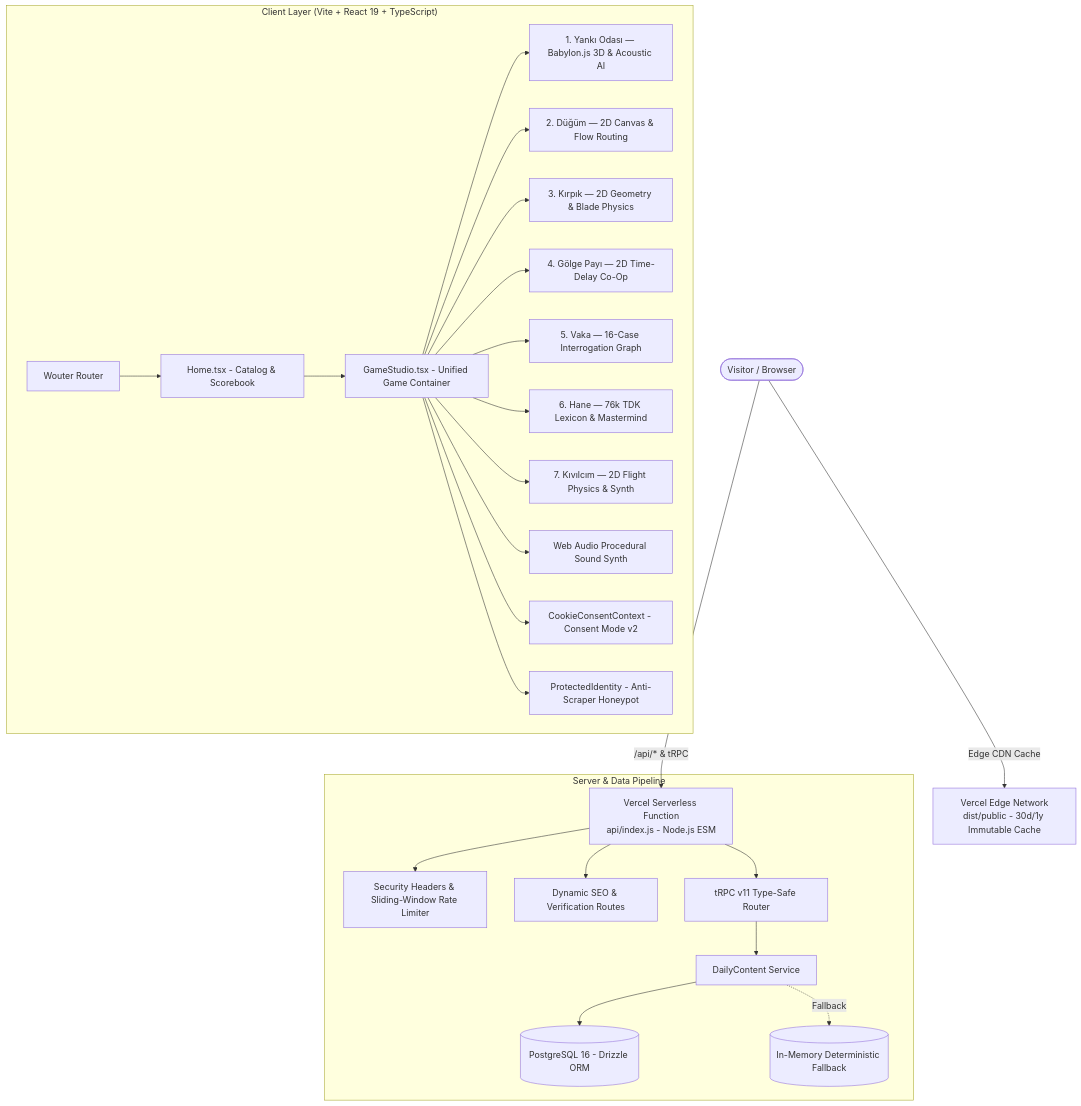
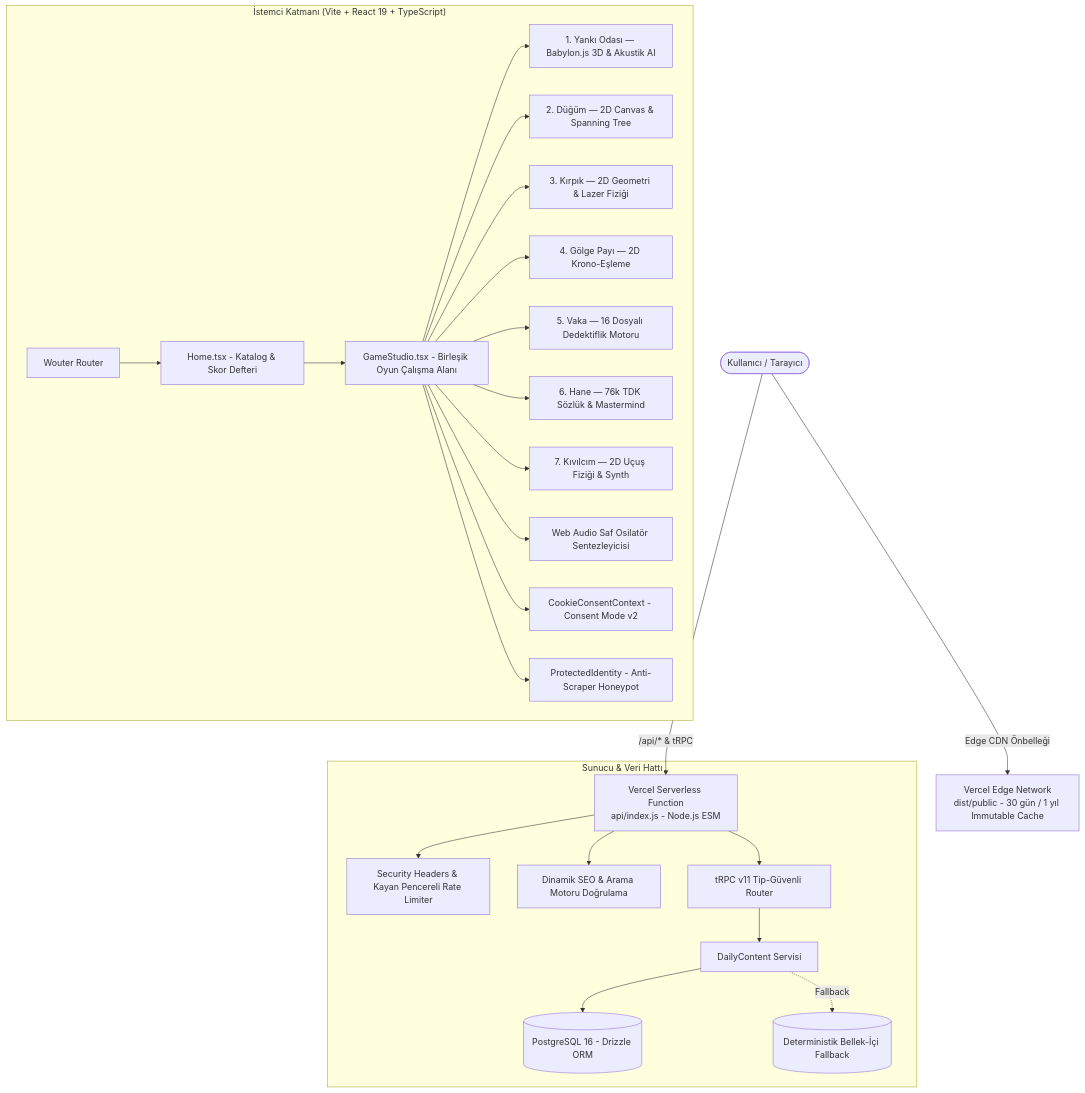
The diagram in README.md (dixtuel/sely-minigame-hub), drawn with Mermaid before and after one commit. The commit also changed other lines of this file, not shown here.

````diff
--- a/README.md
+++ b/README.md
@@ -122,32 +125,32 @@
 ```mermaid
 graph TD
-    Client([Visitor / Browser]) -->|Edge CDN Cache| VercelCDN[Vercel Edge Network<br/>dist/public - 30d/1y Immutable Cache]
+    Client([Kullanıcı / Tarayıcı]) -->|Edge CDN Önbelleği| VercelCDN[Vercel Edge Network<br/>dist/public - 30 gün / 1 yıl Immutable Cache]
     Client -->|/api/* & tRPC| VercelFn[Vercel Serverless Function<br/>api/index.js - Node.js ESM]
 
-    subgraph "Client Layer (Vite + React 19 + TypeScript)"
-        Router[Wouter Router] --> Home[Home.tsx - Catalog & Scorebook]
-        Home --> GameStudio[GameStudio.tsx - Unified Game Container]
+    subgraph "İstemci Katmanı (Vite + React 19 + TypeScript)"
+        Router[Wouter Router] --> Home[Home.tsx - Katalog & Skor Defteri]
+        Home --> GameStudio[GameStudio.tsx - Birleşik Oyun Çalışma Alanı]
         
-        GameStudio --> Echo[1. Yankı Odası — Babylon.js 3D & Acoustic AI]
-        GameStudio --> Knot[2. Düğüm — 2D Canvas & Flow Routing]
-        GameStudio --> Cut[3. Kırpık — 2D Geometry & Blade Physics]
-        GameStudio --> Shadow[4. Gölge Payı — 2D Time-Delay Co-Op]
-        GameStudio --> Vaka[5. Vaka — 16-Case Interrogation Graph]
-        GameStudio --> Hane[6. Hane — 76k TDK Lexicon & Mastermind]
-        GameStudio --> Spark[7. Kıvılcım — 2D Flight Physics & Synth]
+        GameStudio --> Echo[1. Yankı Odası — Babylon.js 3D & Akustik AI]
+        GameStudio --> Knot[2. Düğüm — 2D Canvas & Spanning Tree]
+        GameStudio --> Cut[3. Kırpık — 2D Geometri & Lazer Fiziği]
+        GameStudio --> Shadow[4. Gölge Payı — 2D Krono-Eşleme]
+        GameStudio --> Vaka[5. Vaka — 16 Dosyalı Dedektiflik Motoru]
+        GameStudio --> Hane[6. Hane — 76k TDK Sözlük & Mastermind]
+        GameStudio --> Spark[7. Kıvılcım — 2D Uçuş Fiziği & Synth]
 
-        GameStudio --> WebAudio[Web Audio Procedural Sound Synth]
+        GameStudio --> WebAudio[Web Audio Saf Osilatör Sentezleyicisi]
         GameStudio --> Consent[CookieConsentContext - Consent Mode v2]
         GameStudio --> Honeypot[ProtectedIdentity - Anti-Scraper Honeypot]
     end
 
-    subgraph "Server & Data Pipeline"
-        VercelFn --> Security[Security Headers & Sliding-Window Rate Limiter]
-        VercelFn --> SEORoutes[Dynamic SEO & Verification Routes]
-        VercelFn --> tRPC[tRPC v11 Type-Safe Router]
+    subgraph "Sunucu & Veri Hattı"
+        VercelFn --> Security[Security Headers & Kayan Pencereli Rate Limiter]
+        VercelFn --> SEORoutes[Dinamik SEO & Arama Motoru Doğrulama]
+        VercelFn --> tRPC[tRPC v11 Tip-Güvenli Router]
         
-        tRPC --> DailyService[DailyContent Service]
+        tRPC --> DailyService[DailyContent Servisi]
         DailyService --> Postgres[(PostgreSQL 16 - Drizzle ORM)]
-        DailyService -.->|Fallback| Memory[(In-Memory Deterministic Fallback)]
+        DailyService -.->|Fallback| Memory[(Deterministik Bellek-İçi Fallback)]
     end
 ```
````
